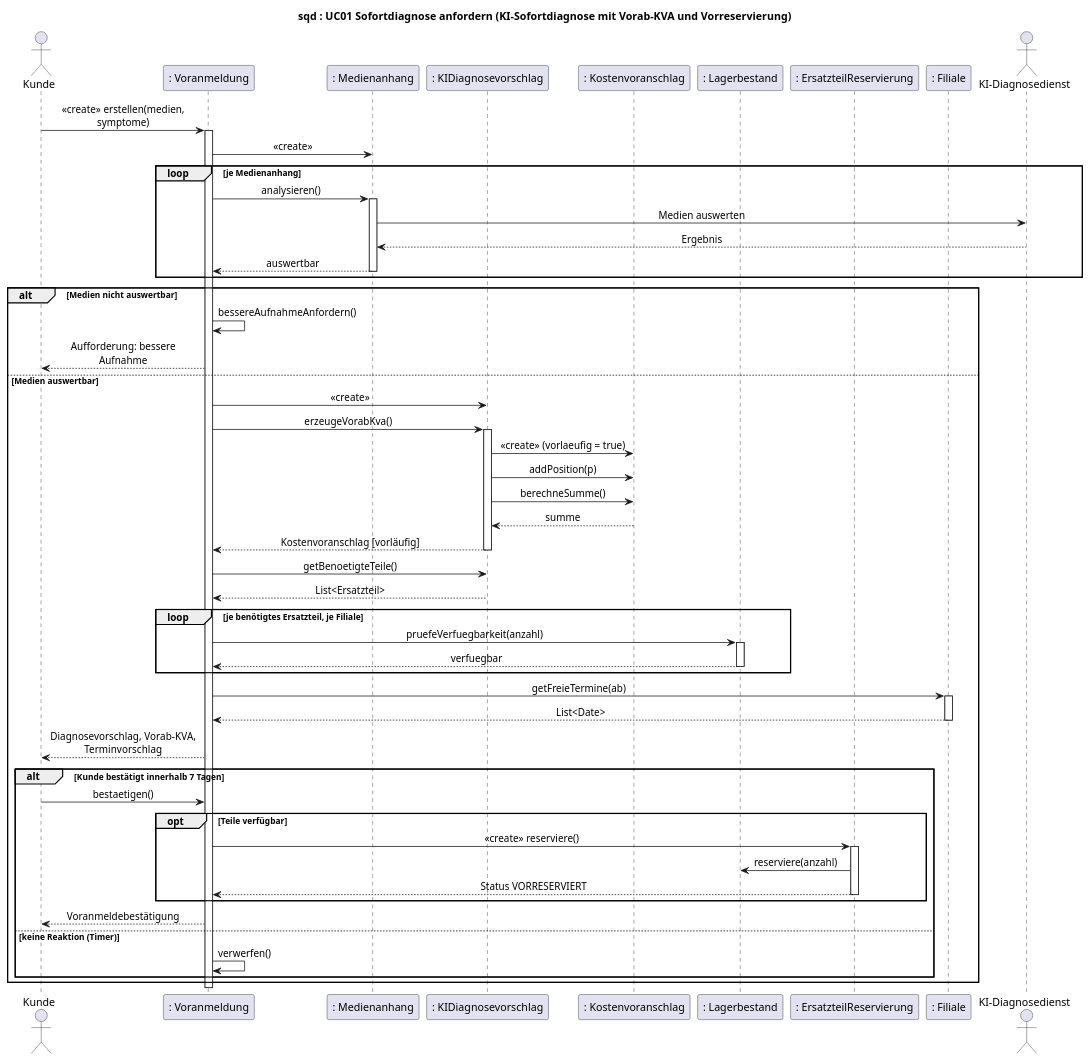
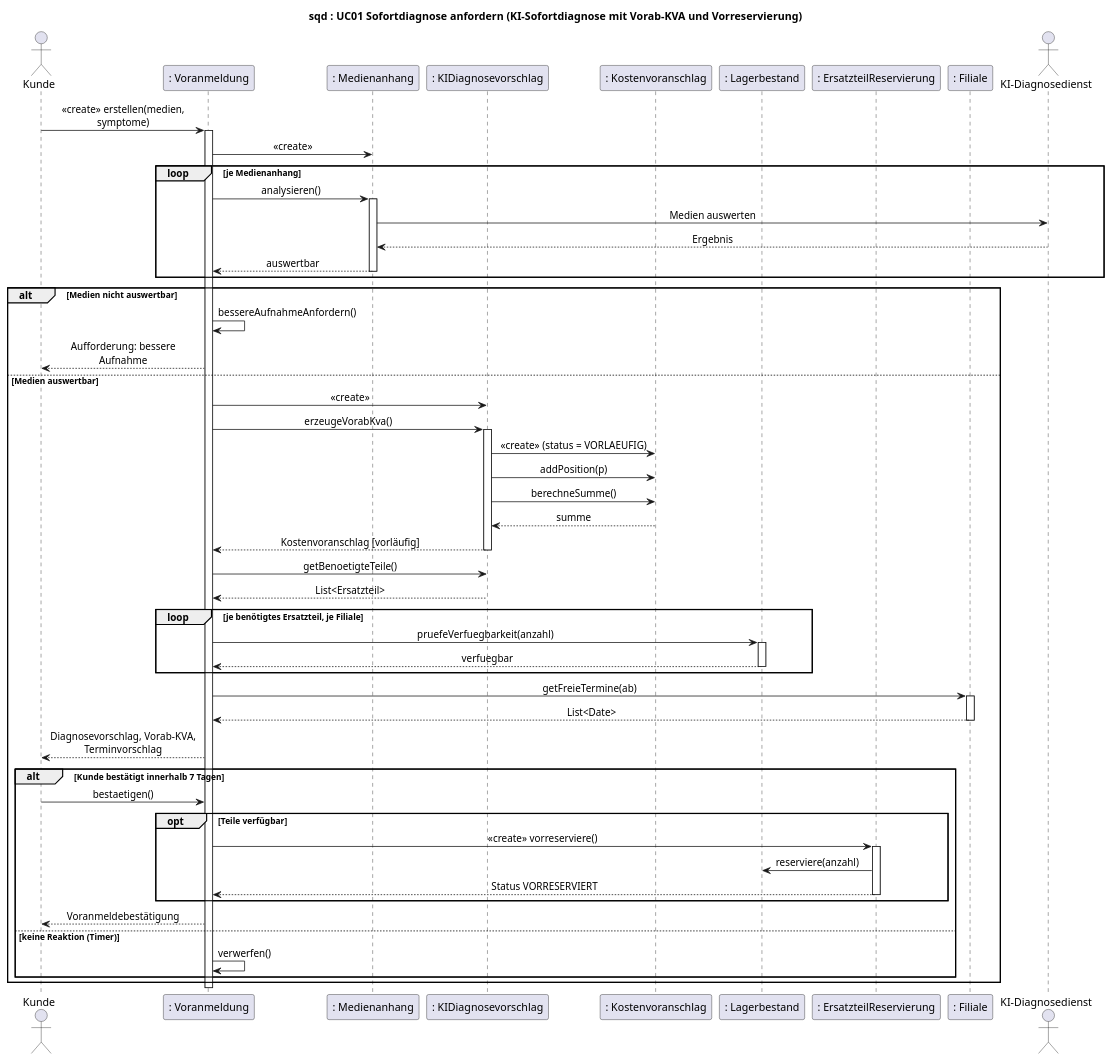
Before and after one commit to jakobschwan123-cmd/casestudy-semester-3: the diagram in uml/sequenz-01-sofortdiagnose.puml, drawn with PlantUML. The commit also changed 75 other files, not shown here.

```diff
--- a/uml/sequenz-01-sofortdiagnose.puml
+++ b/uml/sequenz-01-sofortdiagnose.puml
@@ -1,68 +1,68 @@
 @startuml
 title sqd : UC01 Sofortdiagnose anfordern (KI-Sofortdiagnose mit Vorab-KVA und Vorreservierung)
 skinparam defaultFontName Arial
 skinparam sequenceMessageAlign center
 skinparam maxMessageSize 200
 actor Kunde
 participant ": Voranmeldung" as VA
 participant ": Medienanhang" as MA
 participant ": KIDiagnosevorschlag" as KI
 participant ": Kostenvoranschlag" as KVA
 participant ": Lagerbestand" as LB
 participant ": ErsatzteilReservierung" as RES
 participant ": Filiale" as FIL
 actor "KI-Diagnosedienst" as KIDienst
 
 Kunde -> VA : <<create>> erstellen(medien, symptome)
 activate VA
 VA -> MA : <<create>>
 loop je Medienanhang
     VA -> MA : analysieren()
     activate MA
     MA -> KIDienst : Medien auswerten
     KIDienst --> MA : Ergebnis
     MA --> VA : auswertbar
     deactivate MA
 end
 alt Medien nicht auswertbar
     VA -> VA : bessereAufnahmeAnfordern()
     VA --> Kunde : Aufforderung: bessere Aufnahme
 else Medien auswertbar
     VA -> KI : <<create>>
     VA -> KI : erzeugeVorabKva()
     activate KI
-    KI -> KVA : <<create>> (vorlaeufig = true)
+    KI -> KVA : <<create>> (status = VORLAEUFIG)
     KI -> KVA : addPosition(p)
     KI -> KVA : berechneSumme()
     KVA --> KI : summe
     KI --> VA : Kostenvoranschlag [vorläufig]
     deactivate KI
     VA -> KI : getBenoetigteTeile()
     KI --> VA : List<Ersatzteil>
     loop je benötigtes Ersatzteil, je Filiale
         VA -> LB : pruefeVerfuegbarkeit(anzahl)
         activate LB
         LB --> VA : verfuegbar
         deactivate LB
     end
     VA -> FIL : getFreieTermine(ab)
     activate FIL
     FIL --> VA : List<Date>
     deactivate FIL
     VA --> Kunde : Diagnosevorschlag, Vorab-KVA, Terminvorschlag
     alt Kunde bestätigt innerhalb 7 Tagen
         Kunde -> VA : bestaetigen()
         opt Teile verfügbar
-            VA -> RES : <<create>> reserviere()
+            VA -> RES : <<create>> vorreserviere()
             activate RES
             RES -> LB : reserviere(anzahl)
             RES --> VA : Status VORRESERVIERT
             deactivate RES
         end
         VA --> Kunde : Voranmeldebestätigung
     else keine Reaktion (Timer)
         VA -> VA : verwerfen()
     end
 end
 deactivate VA
 @enduml
```
